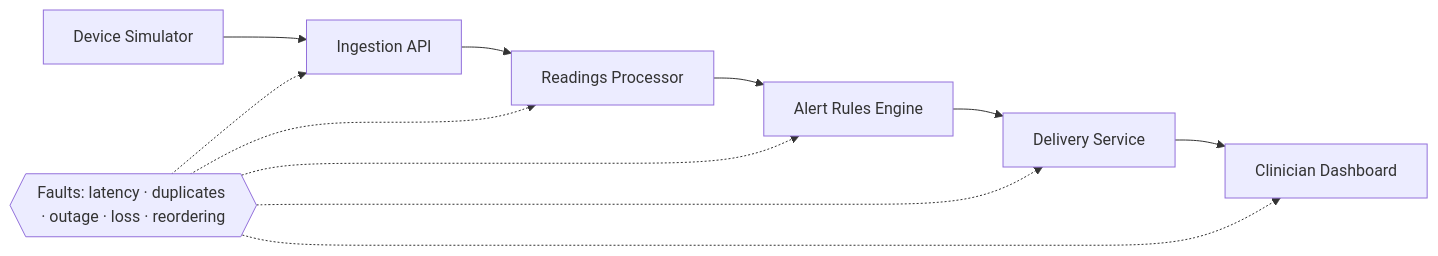
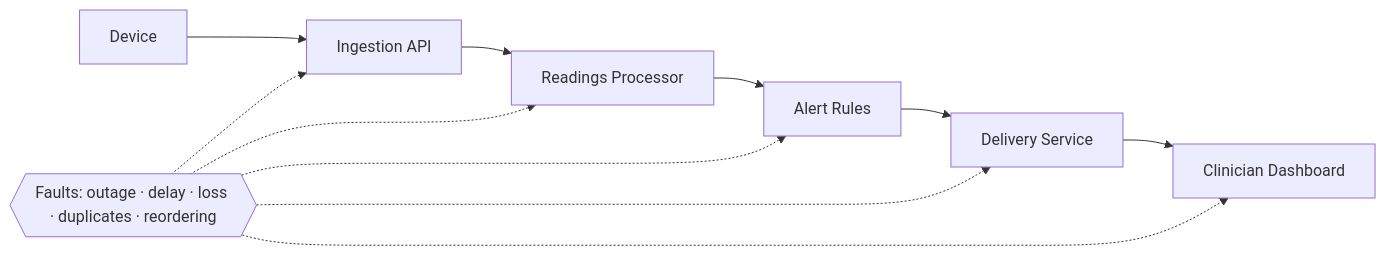
The first of 2 diagrams in README.md (batool-fariha/carechaos), drawn with Mermaid before and after one commit. The commit also changed other lines of this file and 32 other files, not shown here.

````diff
--- a/README.md
+++ b/README.md
@@ -26,5 +51,5 @@
 ```mermaid
 flowchart LR
-  D[Device Simulator] --> I[Ingestion API] --> P[Readings Processor] --> R[Alert Rules Engine] --> V[Delivery Service] --> C[Clinician Dashboard]
-  F{{Faults: latency · duplicates · outage · loss · reordering}} -.-> I & P & R & V & C
+  D[Device] --> I[Ingestion API] --> P[Readings Processor] --> R[Alert Rules] --> V[Delivery Service] --> C[Clinician Dashboard]
+  F{{"Faults: outage · delay · loss · duplicates · reordering"}} -.-> I & P & R & V & C
 ```
````
